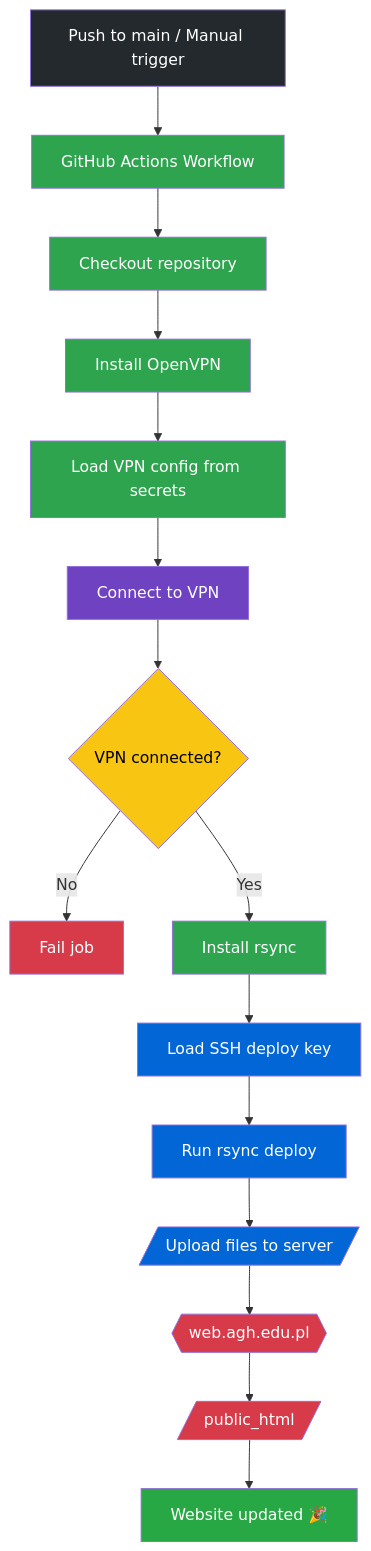
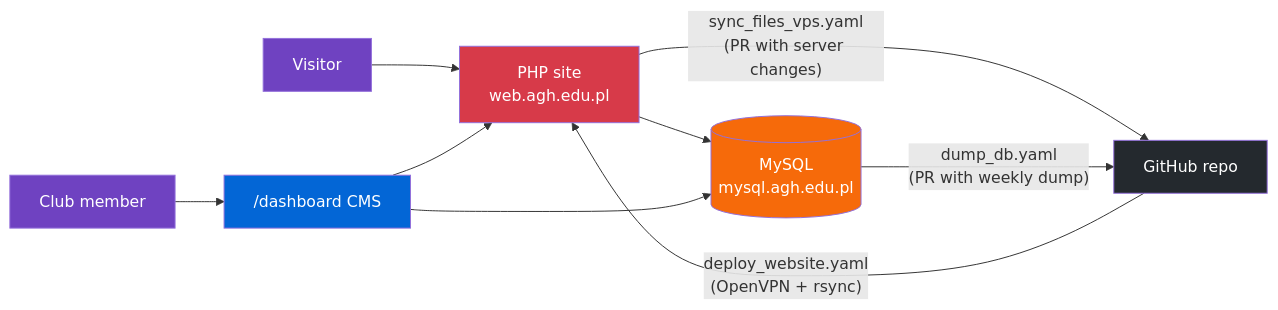
Before and after one commit to AlexSzczygielski/argo_website: the first of 2 diagrams in README.md, drawn with Mermaid. The commit also changed other lines of this file and 1 other file, not shown here.

````diff
--- a/README.md
+++ b/README.md
@@ -45,31 +39,18 @@
 ```mermaid
-graph TD
-    A[Push to main / Manual trigger]:::github --> B[GitHub Actions Workflow]:::pipeline
-    
-    B --> C[Checkout repository]:::pipeline
-    C --> D[Install OpenVPN]:::pipeline
-    D --> E[Load VPN config from secrets]:::pipeline
-    E --> F[Connect to VPN]:::vpn
-    
-    F --> G{VPN connected?}:::decision
-    G -- No --> X[Fail job]:::error
-    G -- Yes --> H[Install rsync]:::pipeline
-    
-    H --> I[Load SSH deploy key]:::deploy
-    I --> J[Run rsync deploy]:::deploy
-    J --> K[/Upload files to server/]:::deploy
-    
-    K --> L{{web.agh.edu.pl}}:::server
-    L --> M[/public_html/]:::server
-    
-    M --> N[Website updated 🎉]:::success
+graph LR
+    U[Visitor]:::user --> W[PHP site<br/>web.agh.edu.pl]:::server
+    M[Club member]:::user --> D["/dashboard CMS"]:::cms
+    D --> W
+    W --> DB[(MySQL<br/>mysql.agh.edu.pl)]:::db
+    D --> DB
 
+    R[GitHub repo]:::github -- "deploy_website.yaml<br/>(OpenVPN + rsync)" --> W
+    W -- "sync_files_vps.yaml<br/>(PR with server changes)" --> R
+    DB -- "dump_db.yaml<br/>(PR with weekly dump)" --> R
+
+    classDef user fill:#6f42c1,color:#fff;
+    classDef server fill:#d73a49,color:#fff;
+    classDef cms fill:#0366d6,color:#fff;
+    classDef db fill:#f66a0a,color:#fff;
     classDef github fill:#24292e,color:#fff;
-    classDef pipeline fill:#2ea44f,color:#fff;
-    classDef vpn fill:#6f42c1,color:#fff;
-    classDef deploy fill:#0366d6,color:#fff;
-    classDef server fill:#d73a49,color:#fff;
-    classDef decision fill:#f9c513,color:#000;
-    classDef error fill:#d73a49,color:#fff;
-    classDef success fill:#28a745,color:#fff;
 ```
````
